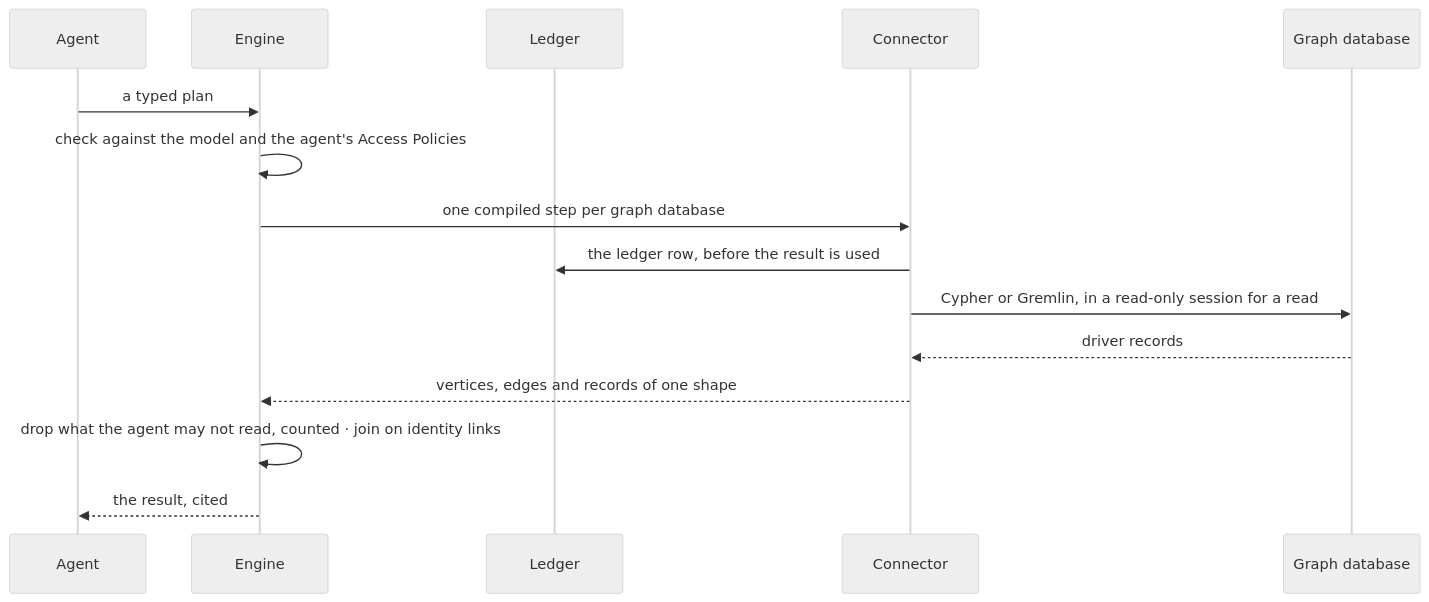
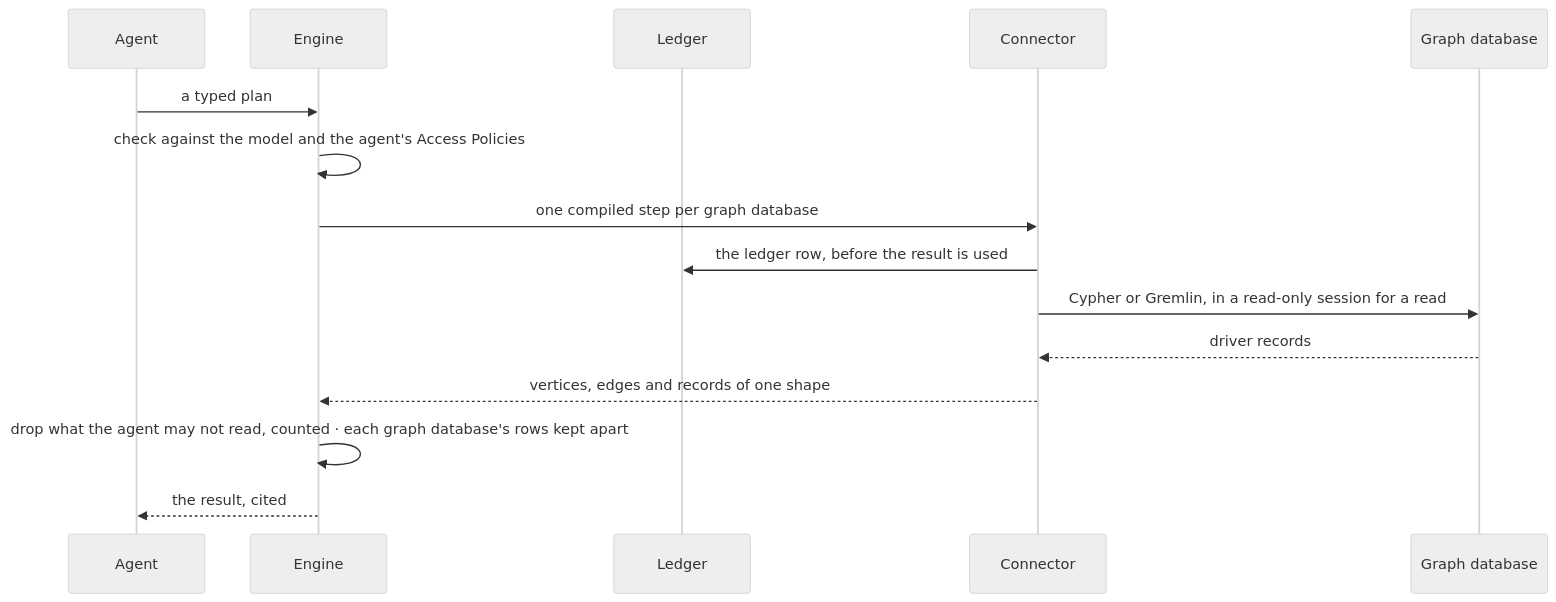
The second of 2 diagrams in specs/os/graph/features/GP-F01-data/feature.md (invana/invana), drawn with Mermaid (neutral theme) before and after one commit. The commit also changed other lines of this file and 54 other files, not shown here.

First line of the commit message:
docs(specs): many graph databases by access, links within one database, Model views restored

````diff
--- a/specs/os/graph/features/GP-F01-data/feature.md
+++ b/specs/os/graph/features/GP-F01-data/feature.md
@@ -47,17 +47,17 @@
 ```mermaid
 sequenceDiagram
   participant A as Agent
   participant E as Engine
   participant L as Ledger
   participant C as Connector
   participant G as Graph database
   A->>E: a typed plan
   E->>E: check against the model and the agent's Access Policies
   E->>C: one compiled step per graph database
   C->>L: the ledger row, before the result is used
   C->>G: Cypher or Gremlin, in a read-only session for a read
   G-->>C: driver records
   C-->>E: vertices, edges and records of one shape
-  E->>E: drop what the agent may not read, counted · join on identity links
+  E->>E: drop what the agent may not read, counted · each graph database's rows kept apart
   E-->>A: the result, cited
 ```
````
